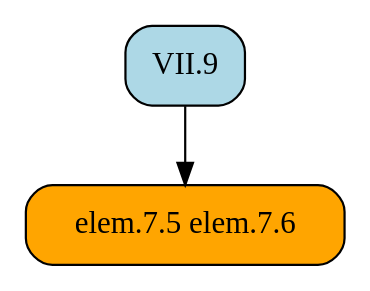
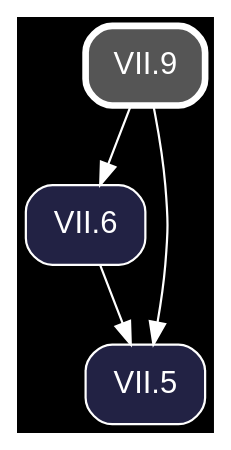
The diagram in docsrc/heath/VII/9/index.rst (geometor/elements), drawn with Graphviz before and after one commit. The commit also changed other lines of this file and 1200 other files, not shown here.

Commit message:
update dependency graphs

```diff
--- a/docsrc/heath/VII/9/index.rst
+++ b/docsrc/heath/VII/9/index.rst
@@ -32,9 +32,14 @@
 .. graphviz::
 
    digraph {
+     bgcolor="black";
+     node [shape=box, style="rounded,filled", fontname="Helvetica", color="white", fontcolor="white"];
+     edge [color="white", fontcolor="white"];
      rankdir="TB";
-     node [shape=box, style=rounded];
-     "VII.9" [style="rounded,filled", fillcolor=lightblue, URL="/heath/VII/9/", target="_top"];
-     "elem.7.5 elem.7.6" [style="rounded,filled", fillcolor=orange];
-     "VII.9" -> "elem.7.5 elem.7.6";
+     "VII.9" [penwidth=3, color="white", fillcolor="#555555", URL="/heath/VII/9/", target="_top"];
+     "VII.6" [fillcolor="#222244", URL="/heath/VII/6/", target="_top"];
+     "VII.5" [fillcolor="#222244", URL="/heath/VII/5/", target="_top"];
+     "VII.9" -> "VII.6";
+     "VII.6" -> "VII.5";
+     "VII.9" -> "VII.5";
    }
```
